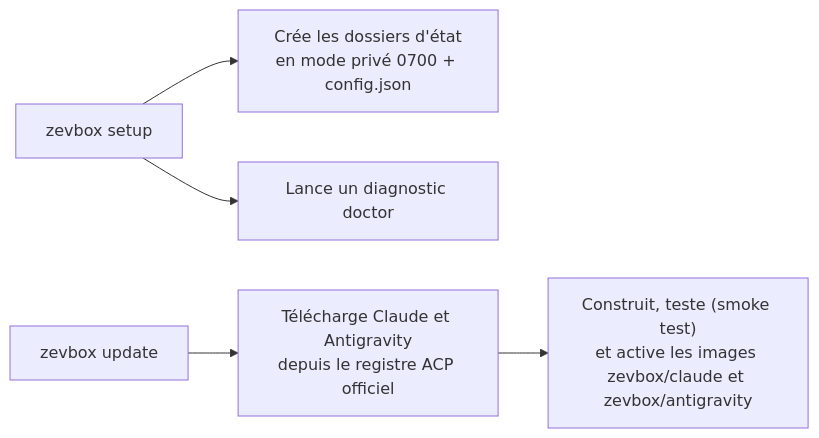
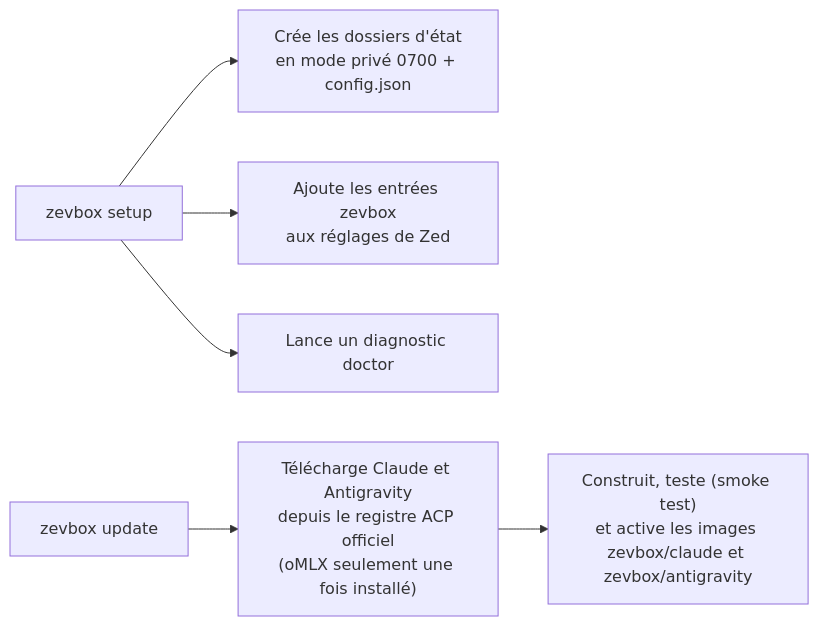
One commit to brainztorm/zevbox changed the second of 3 diagrams in docs/fr/GUIDE_UTILISATEUR.md. Above: the diagram before and after it, drawn with Mermaid. The commit also changed other lines of this file and 12 other files, not shown here.

````diff
--- a/docs/fr/GUIDE_UTILISATEUR.md
+++ b/docs/fr/GUIDE_UTILISATEUR.md
@@ -93,7 +93,8 @@
 ```mermaid
 flowchart LR
     SetupCmd["zevbox setup"] --> DirInit["Crée les dossiers d'état\nen mode privé 0700 + config.json"]
+    SetupCmd --> ZedSet["Ajoute les entrées zevbox\naux réglages de Zed"]
     SetupCmd --> Doc["Lance un diagnostic doctor"]
-    UpdateCmd["zevbox update"] --> Build["Télécharge Claude et Antigravity\ndepuis le registre ACP officiel"]
+    UpdateCmd["zevbox update"] --> Build["Télécharge Claude et Antigravity\ndepuis le registre ACP officiel\n(oMLX seulement une fois installé)"]
     Build --> Img["Construit, teste (smoke test)\net active les images zevbox/claude et zevbox/antigravity"]
 ```
````
